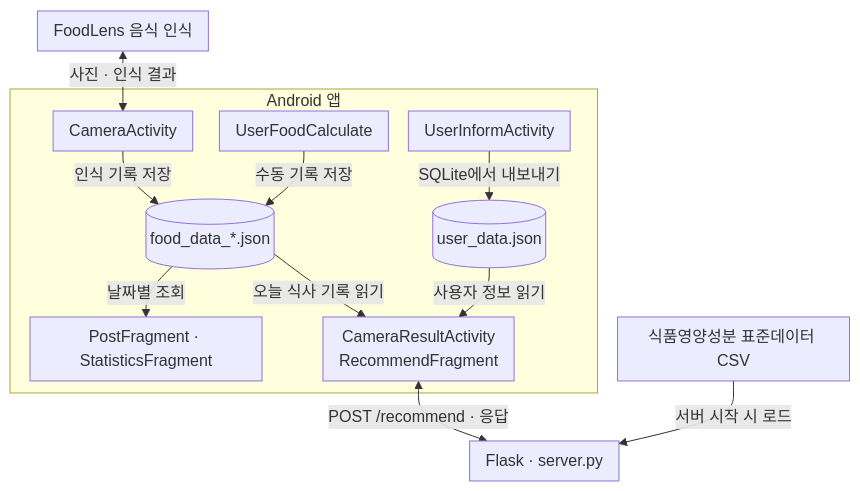
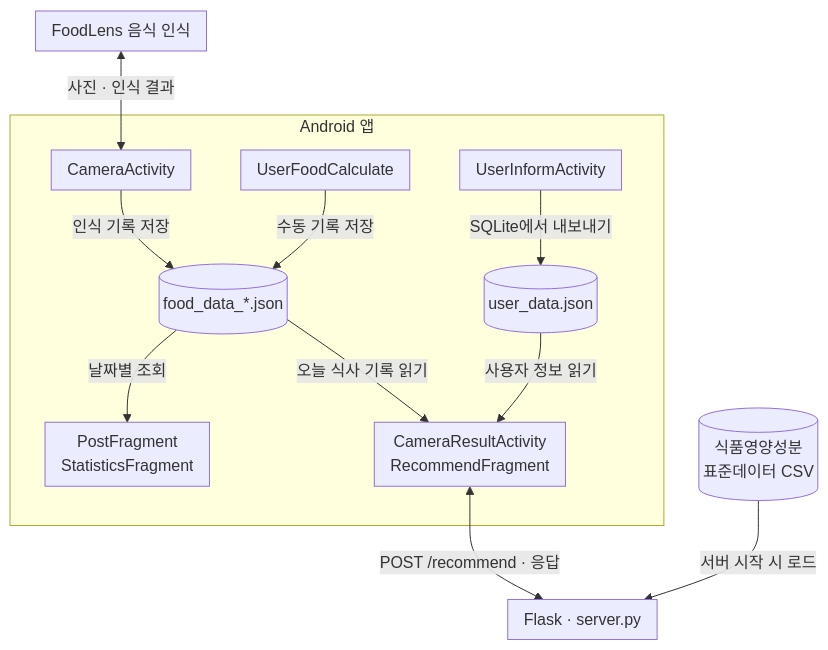
The third of 6 diagrams in src/101-Nutrifit/TechDoc_Nutrifit.md (keeeery/portfolio), drawn with Mermaid before and after one commit. The commit also changed other lines of this file and 12 other files, not shown here.

Commit message:
프로젝트 문서: 장 제목 정리와 다이어그램 배치·문구 다듬기(사천성·Nutrifit 등), 데이터 다시 빌드

````diff
--- a/src/101-Nutrifit/TechDoc_Nutrifit.md
+++ b/src/101-Nutrifit/TechDoc_Nutrifit.md
@@ -88,23 +99,27 @@
 ```mermaid
-%%{init: {"flowchart": {"rankSpacing": 24, "nodeSpacing": 20, "subGraphTitleMargin": {"top": 0, "bottom": 10}, "padding": 8}}}%%
+%%{init: {"flowchart": {"padding": 8, "subGraphTitleMargin": {"top": 0, "bottom": 10}}}}%%
 flowchart TB
     Lens["FoodLens 음식 인식"]
     subgraph App["Android 앱"]
         Camera["CameraActivity"]
         Manual["UserFoodCalculate"]
         Profile["UserInformActivity"]
         Food[("food_data_*.json")]
         User[("user_data.json")]
-        Views["PostFragment · StatisticsFragment"]
+        Views["PostFragment<br>StatisticsFragment"]
         Request["CameraResultActivity<br/>RecommendFragment"]
         Camera -->|인식 기록 저장| Food
         Manual -->|수동 기록 저장| Food
         Profile -->|SQLite에서 내보내기| User
         Food -->|날짜별 조회| Views
         Food -->|오늘 식사 기록 읽기| Request
         User -->|사용자 정보 읽기| Request
     end
     Lens <-->|사진 · 인식 결과| Camera
     Request <-->|POST /recommend · 응답| API["Flask · server.py"]
-    CSV["식품영양성분 표준데이터 CSV"] -->|서버 시작 시 로드| API
+    CSV[("식품영양성분<br>표준데이터 CSV")] -->|서버 시작 시 로드| API
+%% 격자: - Lens - | Manual Camera Profile | - Food User | Views - Request | - CSV API
+%% 화살표 Manual -> Food: 나감=아래 들어감=왼쪽
+%% 화살표 Food -> Views: 나감=아래 들어감=오른쪽
+%% 화살표 Food -> Request: 나감=아래 들어감=왼쪽
 ```
````
